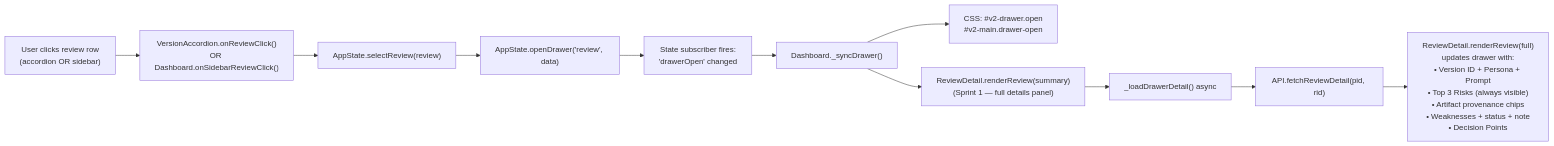
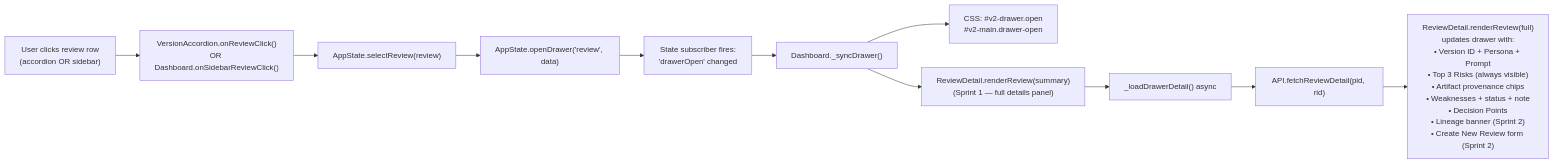
One commit to LoneWolfDen/Project_Delivery_Accelerator_Engine changed the fourth of 7 diagrams in docs/architecture/application_flow.md. Above: the diagram before and after it, drawn with Mermaid. The commit also changed other lines of this file and 11 other files, not shown here.

````diff
--- a/docs/architecture/application_flow.md
+++ b/docs/architecture/application_flow.md
@@ -88,13 +91,13 @@
 ```mermaid
 flowchart LR
     R1["User clicks review row<br/>(accordion OR sidebar)"] --> R2["VersionAccordion.onReviewClick()<br/>OR Dashboard.onSidebarReviewClick()"]
     R2 --> R3["AppState.selectReview(review)"]
     R3 --> R4["AppState.openDrawer('review', data)"]
     R4 --> R5["State subscriber fires:<br/>'drawerOpen' changed"]
     R5 --> R6["Dashboard._syncDrawer()"]
     R6 --> R7["CSS: #v2-drawer.open<br/>#v2-main.drawer-open"]
     R6 --> R8["ReviewDetail.renderReview(summary)<br/>(Sprint 1 — full details panel)"]
     R8 --> R9["_loadDrawerDetail() async"]
     R9 --> R10["API.fetchReviewDetail(pid, rid)"]
-    R10 --> R11["ReviewDetail.renderReview(full)<br/>updates drawer with:<br/>• Version ID + Persona + Prompt<br/>• Top 3 Risks (always visible)<br/>• Artifact provenance chips<br/>• Weaknesses + status + note<br/>• Decision Points"]
+    R10 --> R11["ReviewDetail.renderReview(full)<br/>updates drawer with:<br/>• Version ID + Persona + Prompt<br/>• Top 3 Risks (always visible)<br/>• Artifact provenance chips<br/>• Weaknesses + status + note<br/>• Decision Points<br/>• Lineage banner (Sprint 2)<br/>• Create New Review form (Sprint 2)"]
 ```
````
